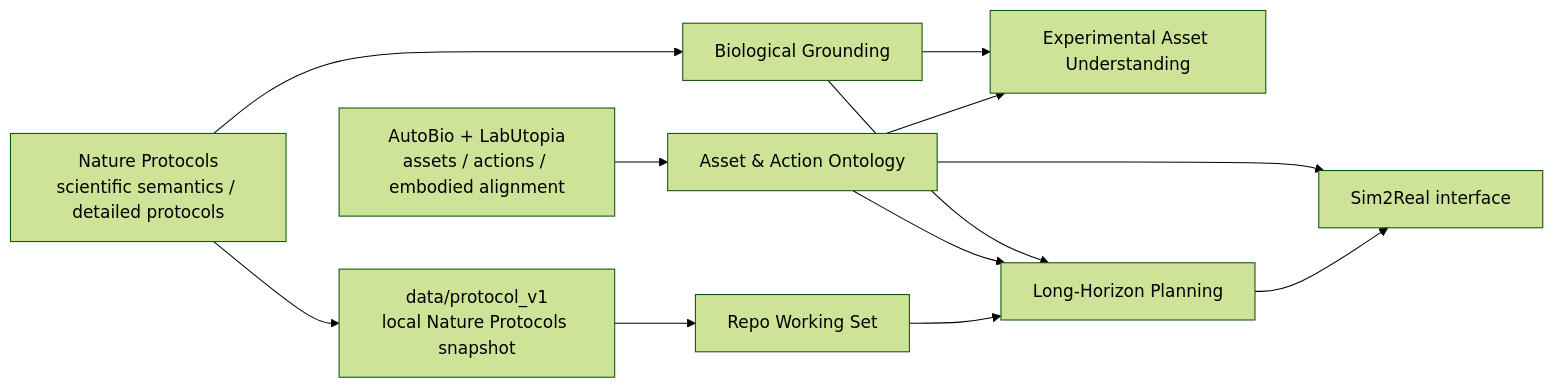
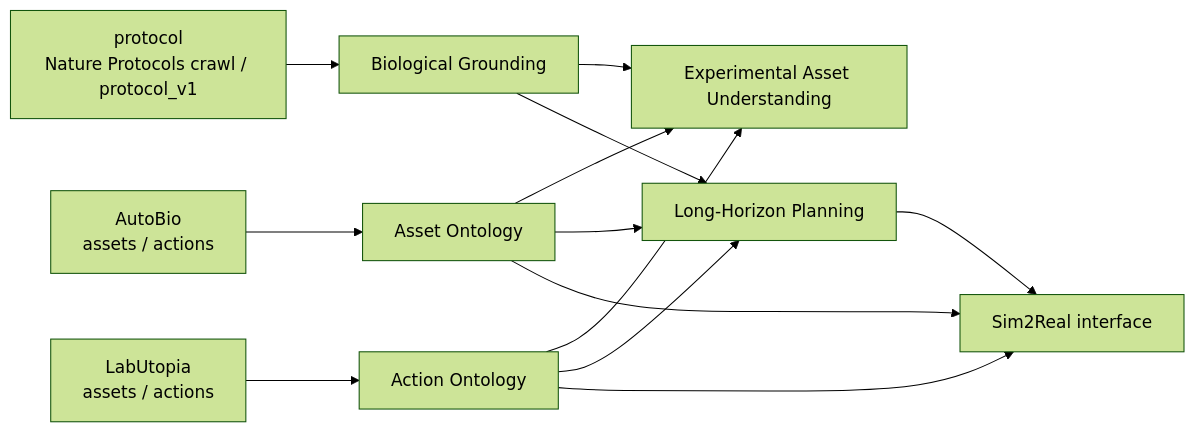
The first of 2 diagrams in README.md (black-yt/LabOS), drawn with Mermaid (forest theme) before and after one commit. The commit also changed other lines of this file and 1 other file, not shown here.

Commit message:
Simplify data source wording

````diff
--- a/README.md
+++ b/README.md
@@ -23,17 +23,18 @@
 ```mermaid
 flowchart LR
-    A[Nature Protocols<br/>scientific semantics / detailed protocols] --> B[Biological Grounding]
-    C[AutoBio + LabUtopia<br/>assets / actions / embodied alignment] --> D[Asset & Action Ontology]
-    A --> E[data/protocol_v1<br/>local Nature Protocols snapshot]
-    E --> F[Repo Working Set]
+    A[protocol<br/>Nature Protocols crawl / protocol_v1] --> B[Biological Grounding]
+    C[AutoBio<br/>assets / actions] --> D[Asset Ontology]
+    E[LabUtopia<br/>assets / actions] --> F[Action Ontology]
 
     B --> G[Experimental Asset Understanding]
     D --> G
+    F --> G
 
     B --> H[Long-Horizon Planning]
     D --> H
     F --> H
 
     D --> I[Sim2Real interface]
+    F --> I
     H --> I
 ```
````
